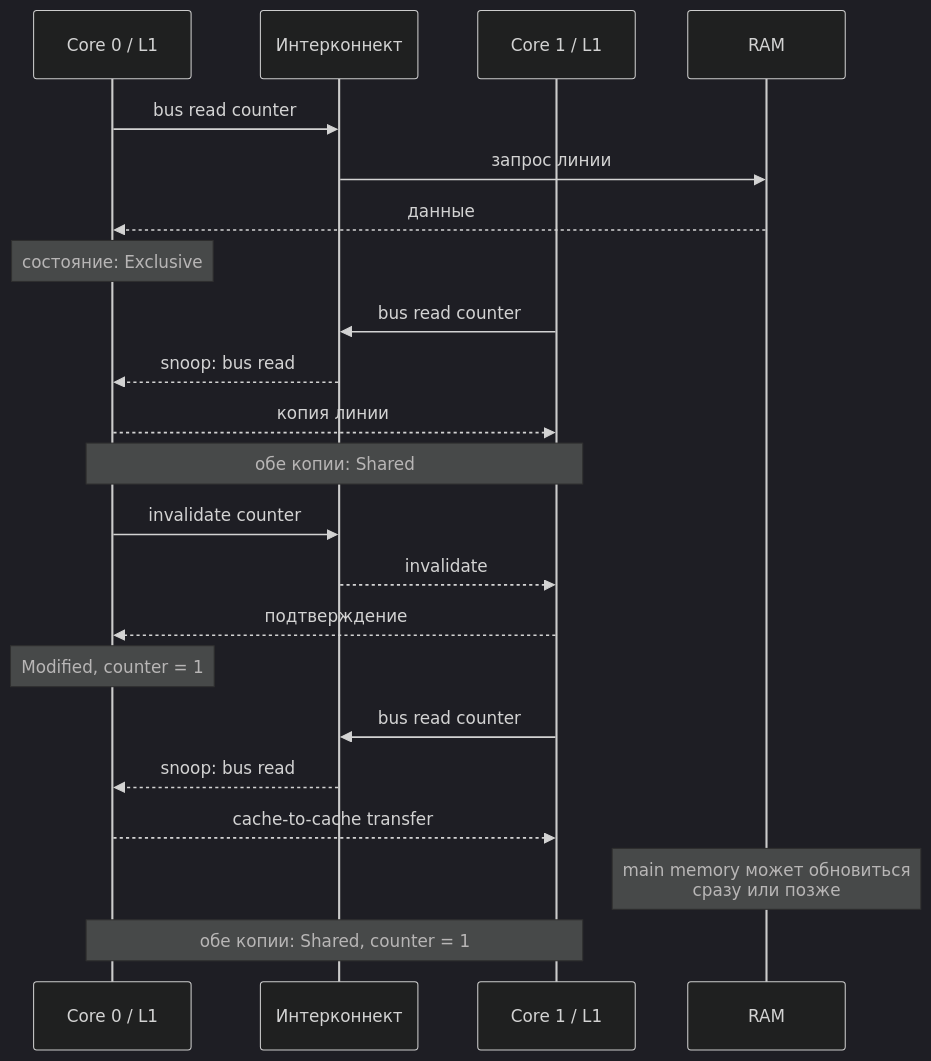
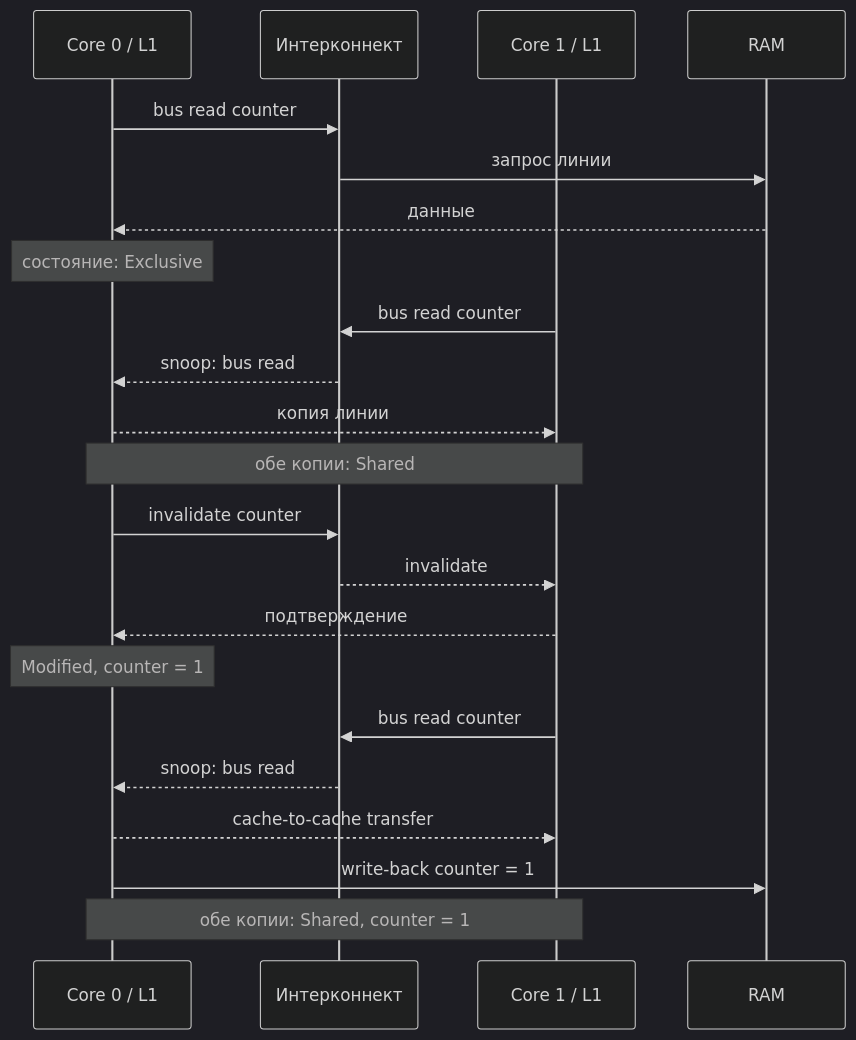
Before and after one commit to AlexeyMatskevich/cs-notes: the first of 2 diagrams in computer/data-path/cache-coherency.md, drawn with Mermaid (dark theme). The commit also changed other lines of this file and 1 other file, not shown here.

````diff
--- a/computer/data-path/cache-coherency.md
+++ b/computer/data-path/cache-coherency.md
@@ -116,28 +110,28 @@
 ```mermaid
 sequenceDiagram
     participant C0 as Core 0 / L1
     participant BUS as Интерконнект
     participant C1 as Core 1 / L1
     participant RAM as RAM
 
     C0->>BUS: bus read counter
     BUS->>RAM: запрос линии
     RAM-->>C0: данные
     Note over C0: состояние: Exclusive
 
     C1->>BUS: bus read counter
     BUS-->>C0: snoop: bus read
     C0-->>C1: копия линии
     Note over C0,C1: обе копии: Shared
 
     C0->>BUS: invalidate counter
     BUS-->>C1: invalidate
     C1-->>C0: подтверждение
     Note over C0: Modified, counter = 1
 
     C1->>BUS: bus read counter
     BUS-->>C0: snoop: bus read
     C0-->>C1: cache-to-cache transfer
-    Note over RAM: main memory может обновиться<br>сразу или позже
+    C0->>RAM: write-back counter = 1
     Note over C0,C1: обе копии: Shared, counter = 1
 ```
````
